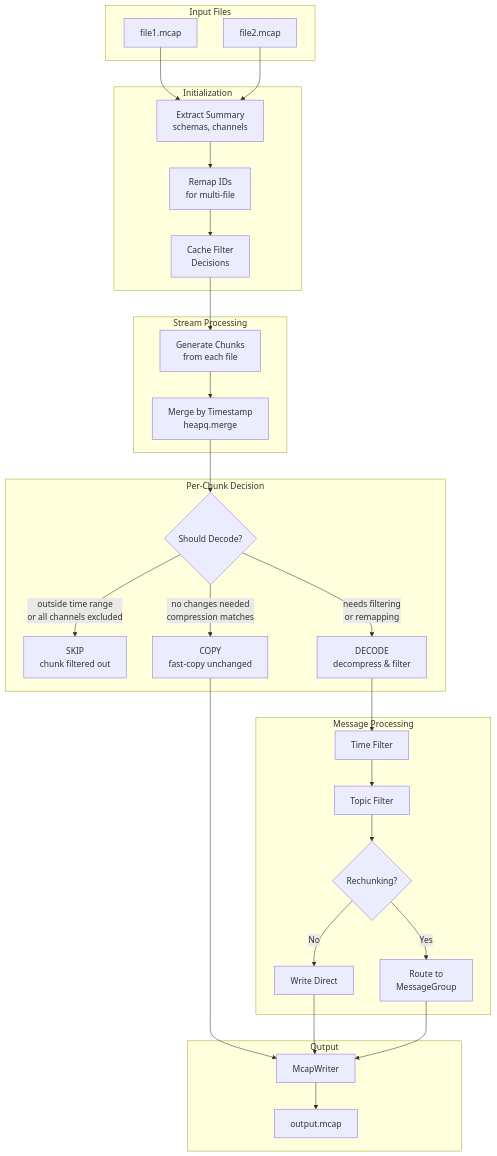
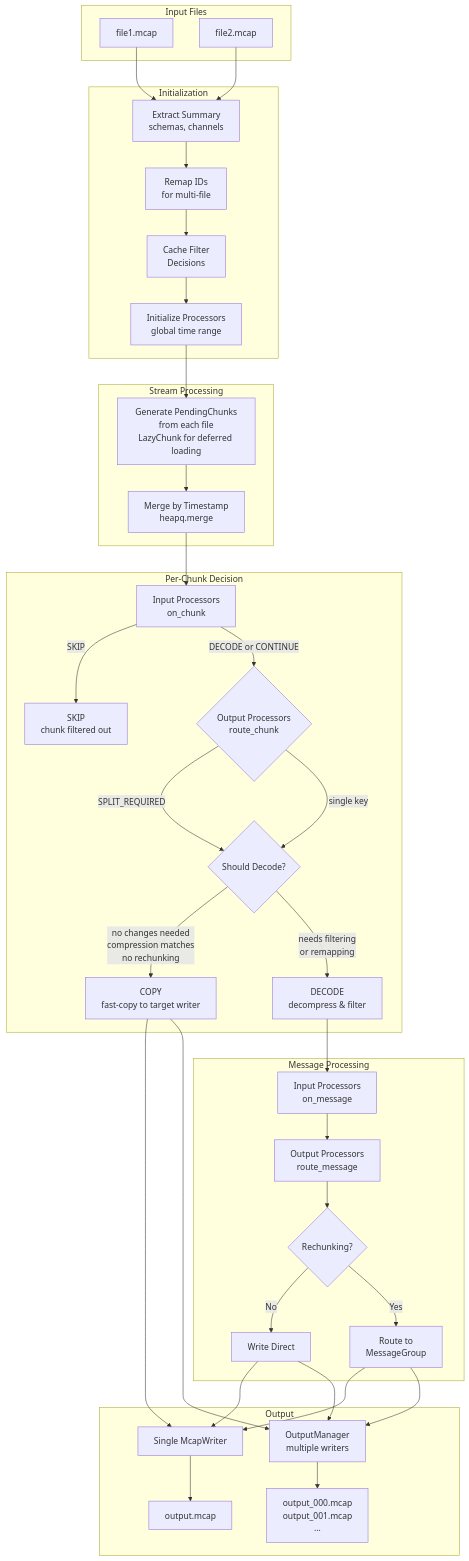
Before and after one commit to mrkbac/robotic-tools: the diagram in pymcap-cli/mcap_processor.md, drawn with Mermaid. The commit also changed other lines of this file and 19 other files, not shown here.

````diff
--- a/pymcap-cli/mcap_processor.md
+++ b/pymcap-cli/mcap_processor.md
@@ -18,60 +64,73 @@
 ```mermaid
 flowchart TD
     subgraph Input["Input Files"]
         F1[file1.mcap]
         F2[file2.mcap]
     end
 
     subgraph Init["Initialization"]
         SUM[Extract Summary<br/>schemas, channels]
         REMAP[Remap IDs<br/>for multi-file]
         CACHE[Cache Filter<br/>Decisions]
+        PINIT[Initialize Processors<br/>global time range]
     end
 
     subgraph Stream["Stream Processing"]
-        GEN[Generate Chunks<br/>from each file]
+        GEN[Generate PendingChunks<br/>from each file<br/>LazyChunk for deferred loading]
         MERGE[Merge by Timestamp<br/>heapq.merge]
     end
 
     subgraph Decision["Per-Chunk Decision"]
+        PROC[Input Processors<br/>on_chunk]
+        ROUTE{Output Processors<br/>route_chunk}
         DEC{Should Decode?}
         SKIP[SKIP<br/>chunk filtered out]
-        COPY[COPY<br/>fast-copy unchanged]
+        COPY[COPY<br/>fast-copy to target writer]
         DECODE[DECODE<br/>decompress & filter]
     end
 
     subgraph MsgProc["Message Processing"]
-        TIME[Time Filter]
-        TOPIC[Topic Filter]
-        ROUTE{Rechunking?}
+        TIME[Input Processors<br/>on_message]
+        MROUTE[Output Processors<br/>route_message]
+        RECHUNK{Rechunking?}
         DIRECT[Write Direct]
         GROUP[Route to<br/>MessageGroup]
     end
 
     subgraph Output["Output"]
-        WRITER[McapWriter]
-        OUT[output.mcap]
+        SINGLE[Single McapWriter]
+        MULTI[OutputManager<br/>multiple writers]
+        OUT1[output.mcap]
+        OUTN[output_000.mcap<br/>output_001.mcap<br/>...]
     end
 
     F1 --> SUM
     F2 --> SUM
     SUM --> REMAP
     REMAP --> CACHE
-    CACHE --> GEN
+    CACHE --> PINIT
+    PINIT --> GEN
     GEN --> MERGE
-    MERGE --> DEC
+    MERGE --> PROC
 
-    DEC -->|"outside time range<br/>or all channels excluded"| SKIP
-    DEC -->|"no changes needed<br/>compression matches"| COPY
-    DEC -->|"needs filtering<br/>or remapping"| DECODE
+    PROC -->|SKIP| SKIP
+    PROC -->|DECODE or CONTINUE| ROUTE
+    ROUTE -->|SPLIT_REQUIRED| DEC
+    ROUTE -->|single key| DEC
+    DEC -->|no changes needed<br/>compression matches<br/>no rechunking| COPY
+    DEC -->|needs filtering<br/>or remapping| DECODE
 
-    COPY --> WRITER
+    COPY --> SINGLE
+    COPY --> MULTI
     DECODE --> TIME
-    TIME --> TOPIC
-    TOPIC --> ROUTE
-    ROUTE -->|No| DIRECT
-    ROUTE -->|Yes| GROUP
-    DIRECT --> WRITER
-    GROUP --> WRITER
-    WRITER --> OUT
+    TIME --> MROUTE
+    MROUTE --> RECHUNK
+    RECHUNK -->|No| DIRECT
+    RECHUNK -->|Yes| GROUP
+    DIRECT --> SINGLE
+    DIRECT --> MULTI
+    GROUP --> SINGLE
+    GROUP --> MULTI
+    SINGLE --> OUT1
+    MULTI --> OUTN
 ```
````
